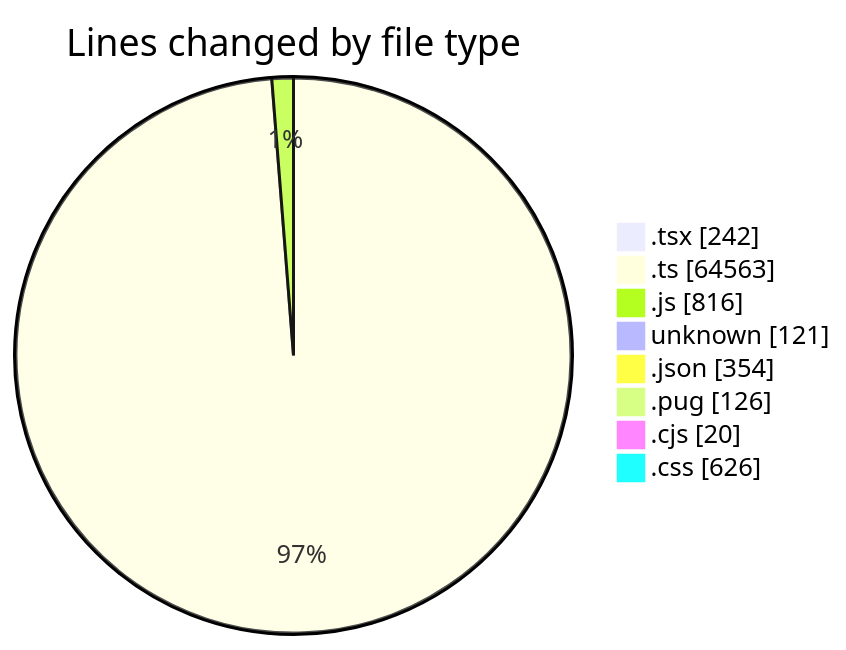
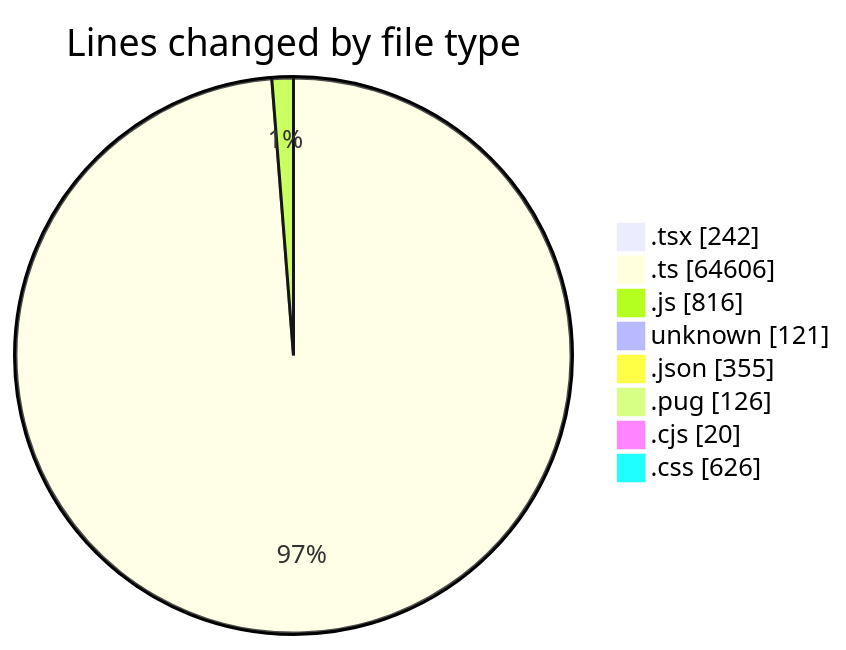
The first of 2 diagrams in 2026-06-01/cda/README.md (momahboobian/code-tracking), drawn with Mermaid before and after one commit. The commit also changed other lines of this file and 1 other file, not shown here.

````diff
--- a/2026-06-01/cda/README.md
+++ b/2026-06-01/cda/README.md
@@ -70,12 +70,12 @@
 ```mermaid
 pie showData
 title Lines changed by file type
 ".tsx" : 242
-".ts" : 64563
+".ts" : 64606
 ".js" : 816
 "unknown" : 121
-".json" : 354
+".json" : 355
 ".pug" : 126
 ".cjs" : 20
 ".css" : 626
 ```
````
